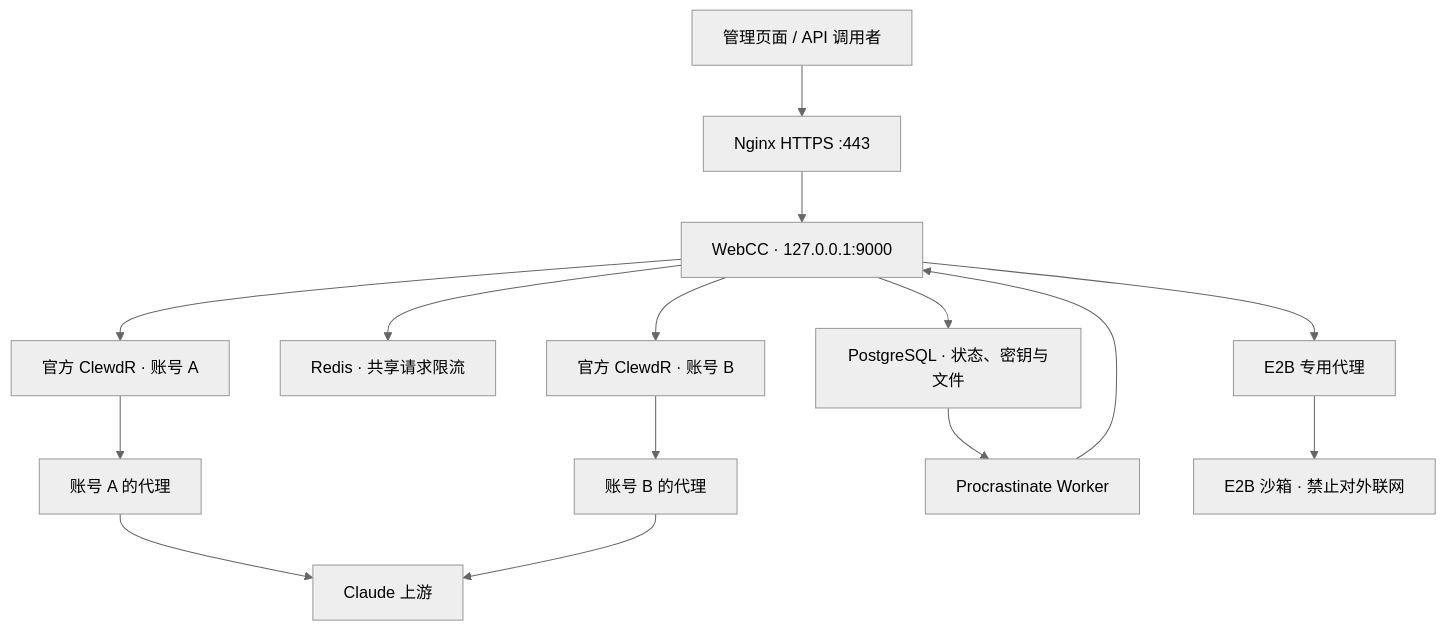
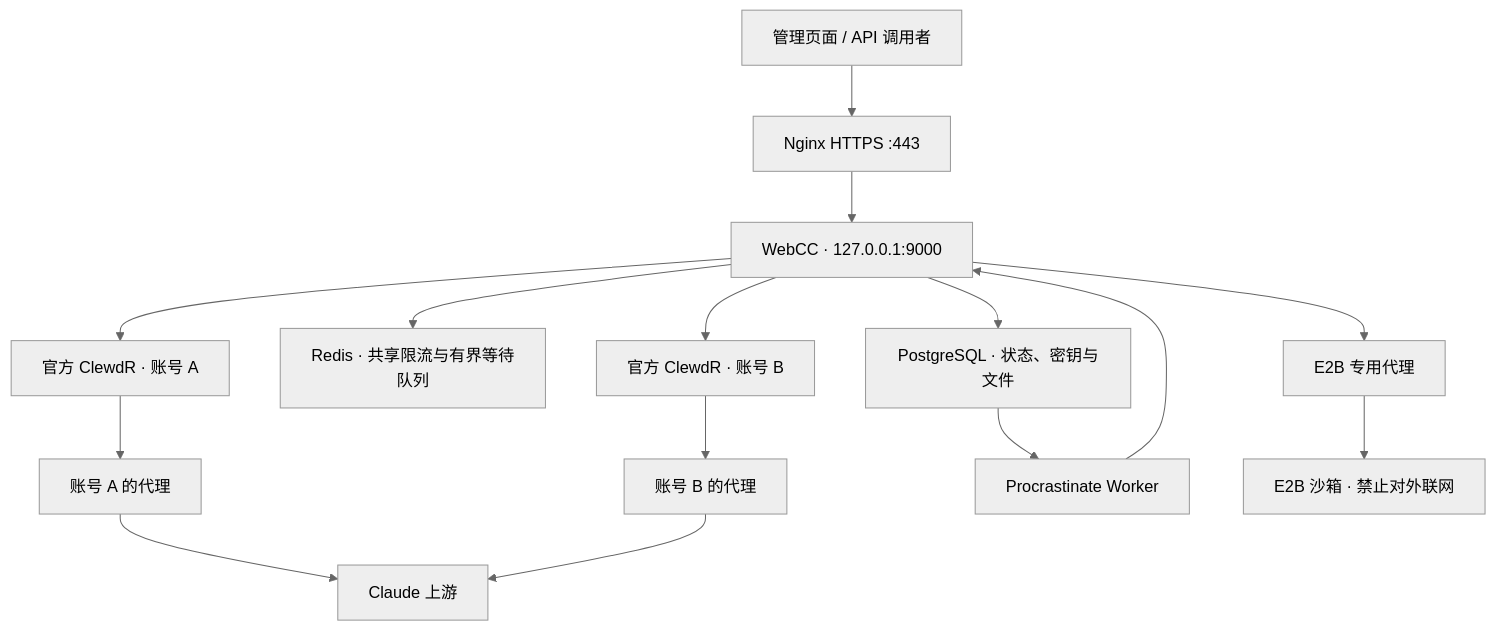
One commit to chenjz0008-afk/webcc changed the diagram in README.md. Above: the diagram before and after it, drawn with Mermaid (neutral theme). The commit also changed 11 other files, not shown here.

````diff
--- a/README.md
+++ b/README.md
@@ -15,17 +15,17 @@
 ```mermaid
 flowchart TD
     Browser[管理页面 / API 调用者] --> Nginx[Nginx HTTPS :443]
     Nginx --> Manager[WebCC · 127.0.0.1:9000]
     Manager --> Store[PostgreSQL · 状态、密钥与文件]
-    Manager --> Limits[Redis · 共享请求限流]
+    Manager --> Limits[Redis · 共享限流与有界等待队列]
     Manager --> WorkerA[官方 ClewdR · 账号 A]
     Manager --> WorkerB[官方 ClewdR · 账号 B]
     WorkerA --> ProxyA[账号 A 的代理]
     WorkerB --> ProxyB[账号 B 的代理]
     Store --> Tasks[Procrastinate Worker]
     Tasks --> Manager
     Manager --> E2BProxy[E2B 专用代理]
     E2BProxy --> E2B[E2B 沙箱 · 禁止对外联网]
     ProxyA --> Claude[Claude 上游]
     ProxyB --> Claude
 ```
````
